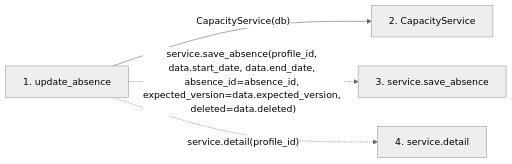
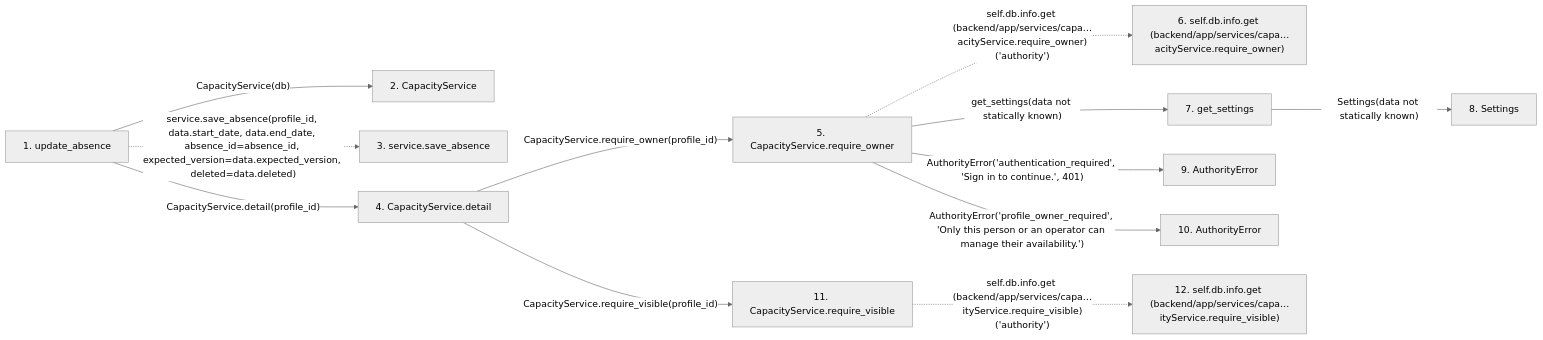
Before and after one commit to Denissvgn/WorkChord: the second of 2 diagrams in docs/llm_wiki/flows/http-update_absence.md, drawn with Mermaid (neutral theme). The commit also changed other lines of this file and 25171 other files, not shown here.

````diff
--- a/docs/llm_wiki/flows/http-update_absence.md
+++ b/docs/llm_wiki/flows/http-update_absence.md
@@ -24,12 +121,35 @@
 ```mermaid
 flowchart LR
     s1["1. update_absence"]
     s2["2. CapacityService"]
     s3["3. service.save_absence"]
-    s4["4. service.detail"]
+    s4["4. CapacityService.detail"]
+    s5["5. CapacityService.require_owner"]
+    s6["6. self.db.info.get (backend/app/services/capa…acityService.require_owner)"]
+    s7["7. get_settings"]
+    s8["8. Settings"]
+    s9["9. AuthorityError"]
+    s10["10. AuthorityError"]
+    s11["11. CapacityService.require_visible"]
+    s12["12. self.db.info.get (backend/app/services/capa…ityService.require_visible)"]
     s1 -->|"CapacityService(db)"| s2
     s1 -. "service.save_absence(profile_id, data.start_date, data.end_date, absence_id=absence_id, expected_version=data.expected_version, deleted=data.deleted)" .-> s3
-    s1 -. "service.detail(profile_id)" .-> s4
+    s1 -->|"CapacityService.detail(profile_id)"| s4
+    s4 -->|"CapacityService.require_owner(profile_id)"| s5
+    s5 -. "self.db.info.get (backend/app/services/capa…acityService.require_owner)('authority')" .-> s6
+    s5 -->|"get_settings(data not statically known)"| s7
+    s7 -->|"Settings(data not statically known)"| s8
+    s5 -->|"AuthorityError('authentication_required', 'Sign in to continue.', 401)"| s9
+    s5 -->|"AuthorityError('profile_owner_required', 'Only this person or an operator can manage their availability.')"| s10
+    s4 -->|"CapacityService.require_visible(profile_id)"| s11
+    s11 -. "self.db.info.get (backend/app/services/capa…ityService.require_visible)('authority')" .-> s12
     click s1 "../modules/routers_capacity.md"
     click s2 "../modules/capacity_service.md"
+    click s4 "../modules/capacity_service.md"
+    click s5 "../modules/capacity_service.md"
+    click s7 "../modules/config.md"
+    click s8 "../modules/config.md"
+    click s9 "../modules/authority.md"
+    click s10 "../modules/authority.md"
+    click s11 "../modules/capacity_service.md"
 ```
````
